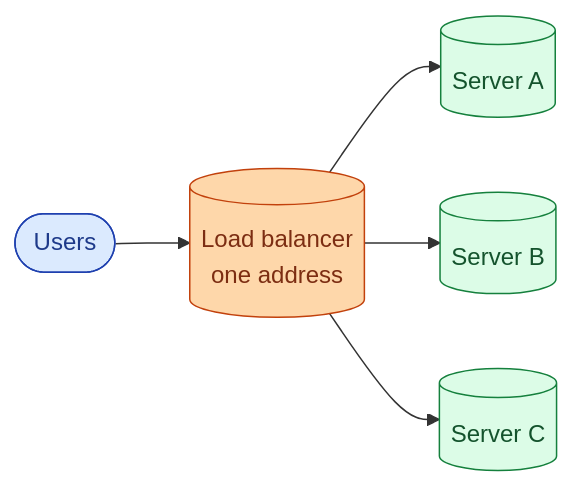
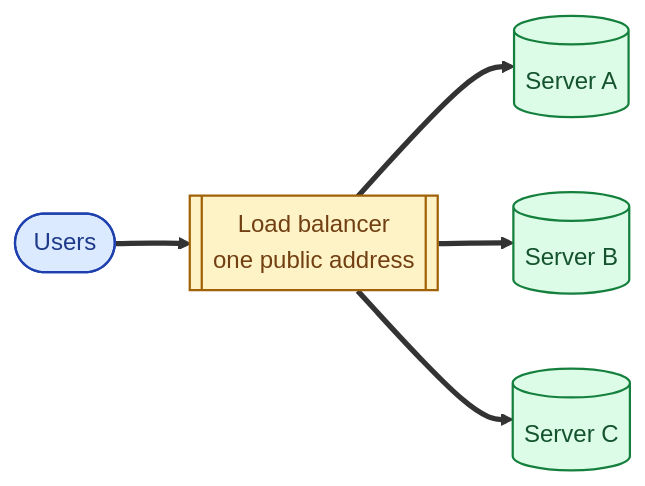
Before and after one commit to shiningflash/shiningflash.github.io: the first of 2 diagrams in _sd_concepts/028-load-balancer-basics.md, drawn with Mermaid. The commit also changed other lines of this file and 5 other files, not shown here.

First line of the commit message:
Improve mermaid diagrams across the six live concept pages

````diff
--- a/_sd_concepts/028-load-balancer-basics.md
+++ b/_sd_concepts/028-load-balancer-basics.md
@@ -27,11 +27,16 @@
 ```mermaid
 flowchart LR
-    U(["Users"]):::u --> LB[("Load balancer<br/>one address")]:::lb
-    LB --> S1[("Server A")]:::s
-    LB --> S2[("Server B")]:::s
-    LB --> S3[("Server C")]:::s
+    U(["Users"]):::client
+    LB[["Load balancer<br/>one public address"]]:::infra
+    S1[("Server A")]:::server
+    S2[("Server B")]:::server
+    S3[("Server C")]:::server
+    U ==> LB
+    LB ==> S1
+    LB ==> S2
+    LB ==> S3
 
-    classDef u fill:#dbeafe,stroke:#1e40af,color:#1e3a8a
-    classDef lb fill:#fed7aa,stroke:#c2410c,color:#7c2d12
-    classDef s fill:#dcfce7,stroke:#15803d,color:#14532d
+    classDef client fill:#dbeafe,stroke:#1e40af,color:#1e3a8a,stroke-width:1.5px
+    classDef infra fill:#fef3c7,stroke:#a16207,color:#713f12,stroke-width:1.5px
+    classDef server fill:#dcfce7,stroke:#15803d,color:#14532d,stroke-width:1.5px
 ```
````
